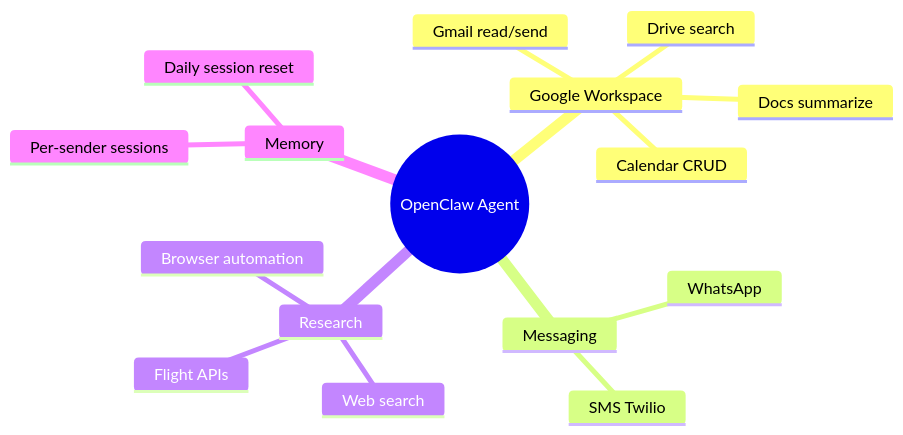
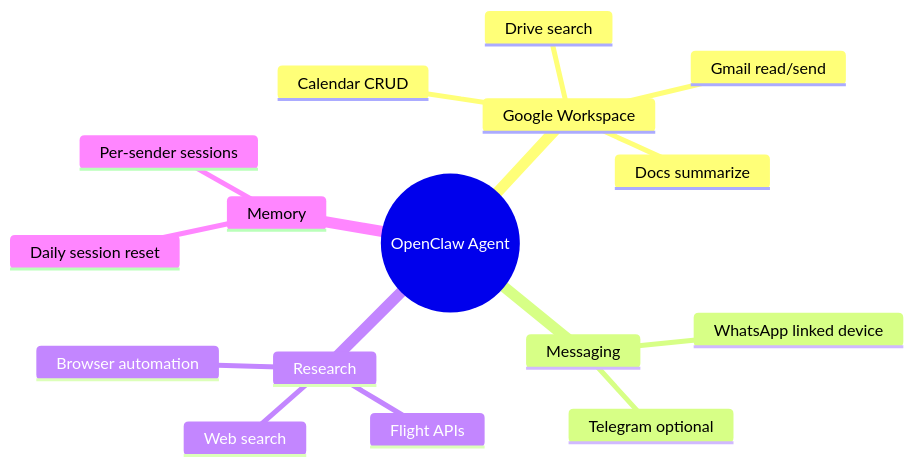
One commit to shotah/ai-gantry-scripts changed the seventh of 8 diagrams in README.md. Above: the diagram before and after it, drawn with Mermaid. The commit also changed other lines of this file and 4 other files, not shown here.

````diff
--- a/README.md
+++ b/README.md
@@ -452,19 +425,19 @@
 ```mermaid
 mindmap
   root((OpenClaw Agent))
     Google Workspace
       Gmail read/send
       Calendar CRUD
       Drive search
       Docs summarize
     Messaging
-      WhatsApp
-      SMS Twilio
+      WhatsApp linked device
+      Telegram optional
     Research
       Web search
       Browser automation
       Flight APIs
     Memory
       Per-sender sessions
       Daily session reset
 ```
````
